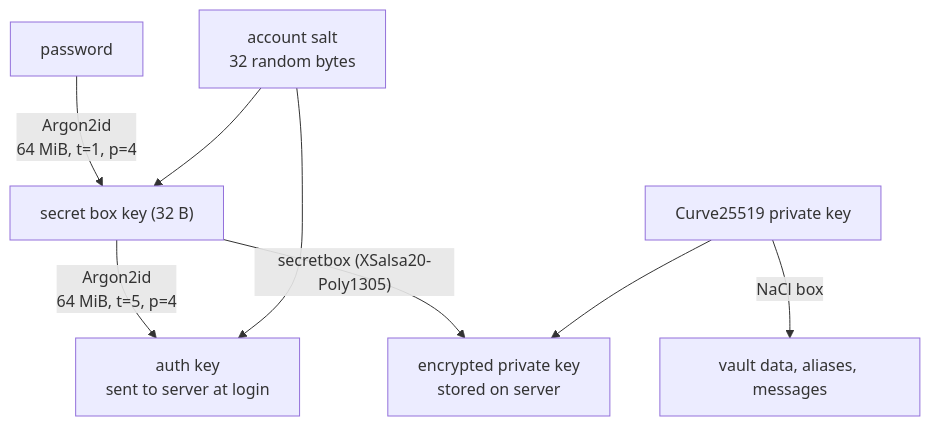
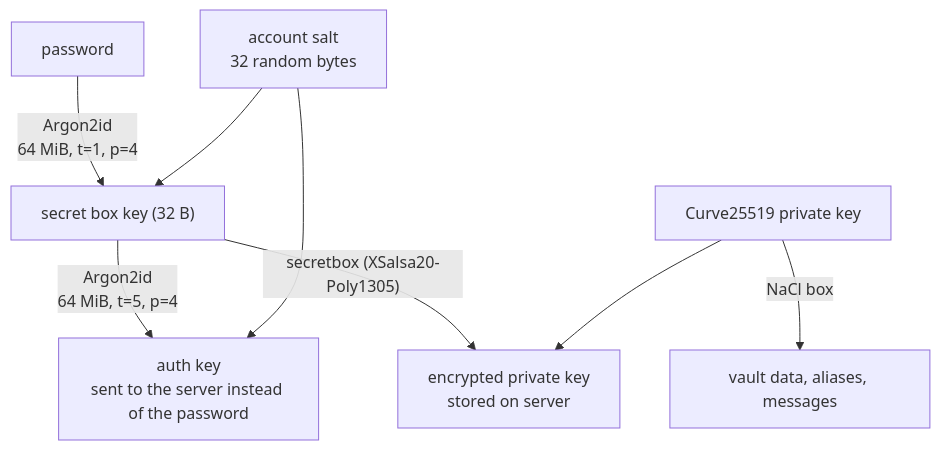
The diagram in README.md (PranayHaldiya/cloaked-teardown), drawn with Mermaid before and after one commit. The commit also changed other lines of this file and 6 other files, not shown here.

````diff
--- a/README.md
+++ b/README.md
@@ -50,10 +46,10 @@
 ```mermaid
 flowchart TD
     P["password"] -->|"Argon2id<br/>64 MiB, t=1, p=4"| SBK["secret box key (32 B)"]
     S["account salt<br/>32 random bytes"] --> SBK
-    SBK -->|"Argon2id<br/>64 MiB, t=5, p=4"| AK["auth key<br/>sent to server at login"]
+    SBK -->|"Argon2id<br/>64 MiB, t=5, p=4"| AK["auth key<br/>sent to the server instead of the password"]
     S --> AK
     SBK -->|"secretbox (XSalsa20-Poly1305)"| EPK["encrypted private key<br/>stored on server"]
     PK["Curve25519 private key"] --> EPK
     PK -->|"NaCl box"| DATA["vault data, aliases, messages"]
 ```
````
